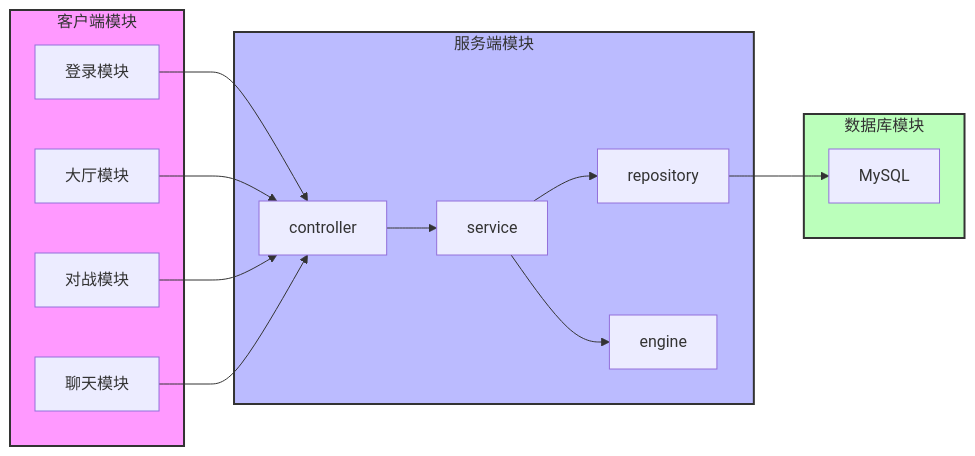
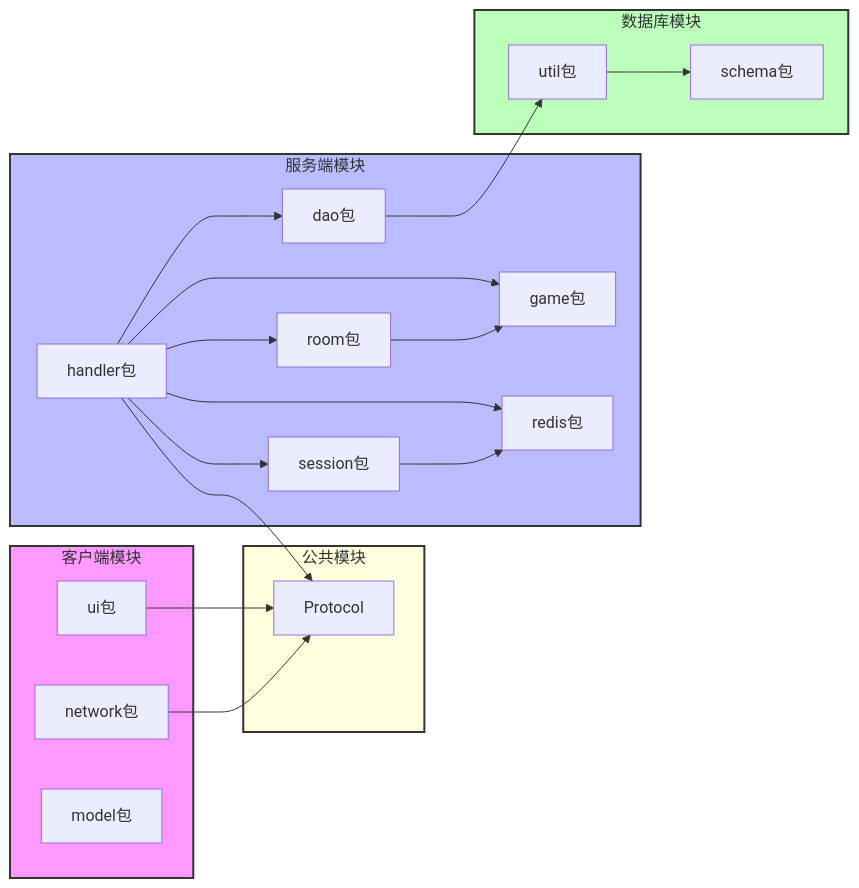
The sixth of 6 diagrams in docs/TECHNICAL_ARCHITECTURE.md (yznn007/Gomatch), drawn with Mermaid before and after one commit. The commit also changed other lines of this file and 33 other files, not shown here.

````diff
--- a/docs/TECHNICAL_ARCHITECTURE.md
+++ b/docs/TECHNICAL_ARCHITECTURE.md
@@ -412,33 +465,44 @@
 ```mermaid
 flowchart LR
     subgraph client[客户端模块]
-        A[登录模块]
-        B[大厅模块]
-        C[对战模块]
-        D[聊天模块]
+        A[ui包]
+        B[network包]
+        C[model包]
+    end
+    
+    subgraph common[公共模块]
+        D[Protocol]
     end
     
     subgraph server[服务端模块]
-        E[controller]
-        F[service]
-        G[repository]
-        H[engine]
+        E[handler包]
+        F[room包]
+        G[game包]
+        H[session包]
+        I[redis包]
+        J[dao包]
     end
     
     subgraph database[数据库模块]
-        I[MySQL]
+        K[util包]
+        L[schema包]
     end
     
-    A --> E
-    B --> E
-    C --> E
-    D --> E
+    A --> D
+    B --> D
+    E --> D
     E --> F
+    E --> G
+    E --> H
+    E --> I
+    E --> J
     F --> G
-    F --> H
-    G --> I
+    H --> I
+    J --> K
+    K --> L
     
     style client fill:#f9f,stroke:#333,stroke-width:2px
+    style common fill:#ffd,stroke:#333,stroke-width:2px
     style server fill:#bbf,stroke:#333,stroke-width:2px
     style database fill:#bfb,stroke:#333,stroke-width:2px
 ```
````
